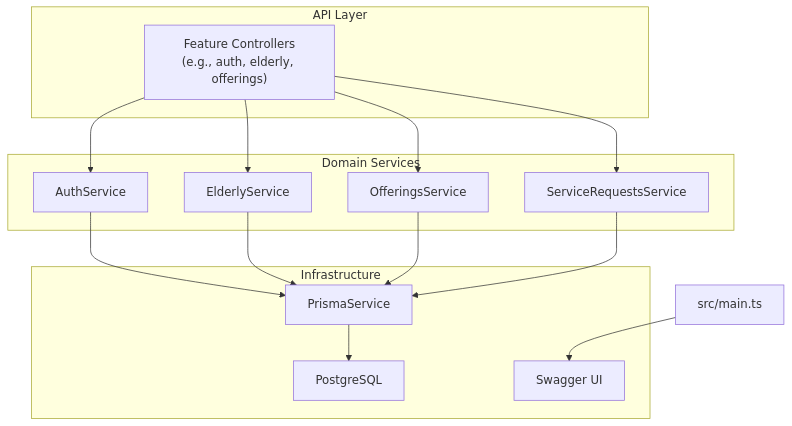
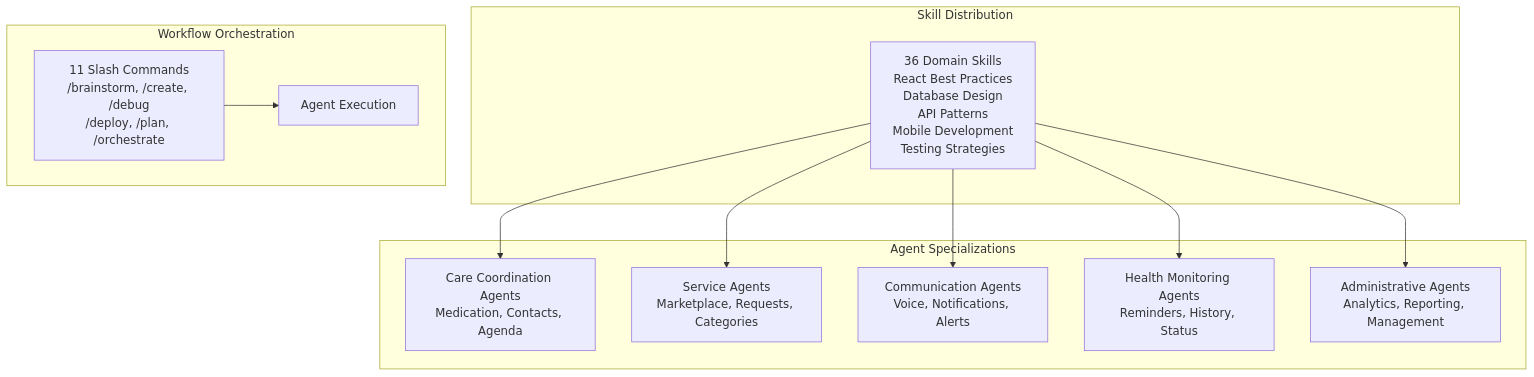
One commit to jairosouza67/99-Pai changed the second of 6 diagrams in .qoder/repowiki/en/content/Project Overview.md. Above: the diagram before and after it, drawn with Mermaid. The commit also changed other lines of this file and 17 other files, not shown here.

````diff
--- a/.qoder/repowiki/en/content/Project Overview.md
+++ b/.qoder/repowiki/en/content/Project Overview.md
@@ -100,27 +135,22 @@
 ```mermaid
 graph TB
-subgraph "API Layer"
-Controllers["Feature Controllers<br/>(e.g., auth, elderly, offerings)"]
+subgraph "Agent Specializations"
+CareCoord["Care Coordination Agents<br/>Medication, Contacts, Agenda"]
+ServiceAgents["Service Agents<br/>Marketplace, Requests, Categories"]
+CommAgents["Communication Agents<br/>Voice, Notifications, Alerts"]
+HealthAgents["Health Monitoring Agents<br/>Reminders, History, Status"]
+AdminAgents["Administrative Agents<br/>Analytics, Reporting, Management"]
 end
-subgraph "Domain Services"
-AuthSvc["AuthService"]
-ElderlySvc["ElderlyService"]
-OfferingsSvc["OfferingsService"]
-RequestsSvc["ServiceRequestsService"]
+subgraph "Skill Distribution"
+Skills["36 Domain Skills<br/>React Best Practices<br/>Database Design<br/>API Patterns<br/>Mobile Development<br/>Testing Strategies"]
+Skills --> CareCoord
+Skills --> ServiceAgents
+Skills --> CommAgents
+Skills --> HealthAgents
+Skills --> AdminAgents
 end
-subgraph "Infrastructure"
-PrismaSvc["PrismaService"]
-DB["PostgreSQL"]
-SwaggerUI["Swagger UI"]
+subgraph "Workflow Orchestration"
+Workflows["11 Slash Commands<br/>/brainstorm, /create, /debug<br/>/deploy, /plan, /orchestrate"]
+Workflows --> Agents["Agent Execution"]
 end
-Controllers --> AuthSvc
-Controllers --> ElderlySvc
-Controllers --> OfferingsSvc
-Controllers --> RequestsSvc
-AuthSvc --> PrismaSvc
-ElderlySvc --> PrismaSvc
-OfferingsSvc --> PrismaSvc
-RequestsSvc --> PrismaSvc
-PrismaSvc --> DB
-Main["src/main.ts"] --> SwaggerUI
 ```
````
